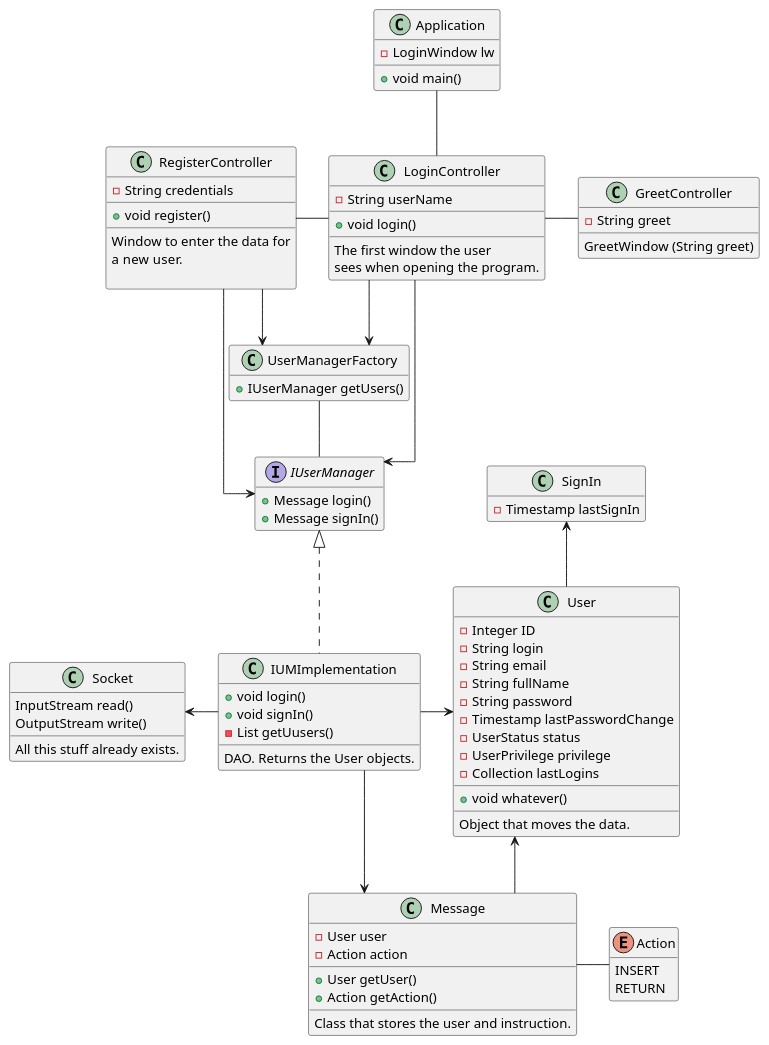
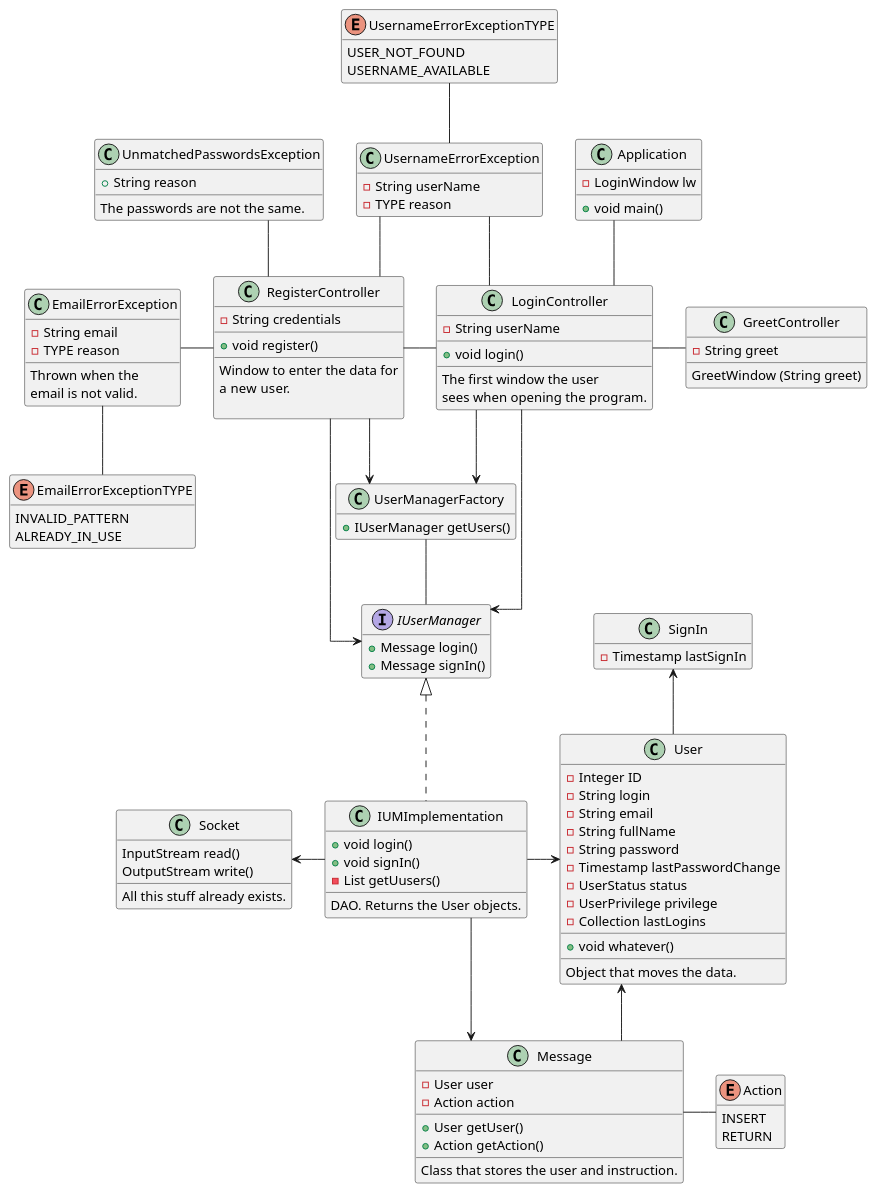
The diagram in uml/client.puml (optickx/ClientReto1), drawn with PlantUML before and after one commit. The commit also changed 2 other files, not shown here.

Commit message:
more changes on exceptions and diagrams

```diff
--- a/uml/client.puml
+++ b/uml/client.puml
@@ -1,161 +1,171 @@
 @startuml client
 /'Graphic properties
 '/
 
 skinparam linetype ortho
 skinparam groupInheritance 5
 hide empty members
 
 /'Main class
 '/
 class Application {
     -LoginWindow lw
     +void main()
 }
 
 /'Every window of the program.
 Three of them.'/
 class LoginController {
     -String userName
     __
     +void login()
     __
     The first window the user 
     sees when opening the program.
 }
 class RegisterController {
     -String credentials
     __
     +void register()
     __
     Window to enter the data for 
     a new user.
 
 }
 class GreetController {
     -String greet
     __
     GreetWindow (String greet)
 }
 /'Logic part of the program.
 '/
 interface IUserManager {
     +Message login()
     +Message signIn()
 }
 class IUMImplementation {
     +void login()
     +void signIn()
     -List getUusers()
     __
     DAO. Returns the User objects.
 }
 class UserManagerFactory {
     +IUserManager getUsers()
 }
 
 /'Pre-existing Java classes'/
 class Socket {
     InputStream read()
     OutputStream write()
     __
     All this stuff already exists.
 }
 /'Objects, etc
 '/
 class User {
     -Integer ID
     -String login
     -String email
     -String fullName
     -String password
     -Timestamp lastPasswordChange
     -UserStatus status
     -UserPrivilege privilege
     -Collection lastLogins
     __
     +void whatever()
     __
     Object that moves the data.
 }
 class SignIn {
     -Timestamp lastSignIn
 }
 /'Encapsulator class
 '/
 class Message {
     -User user
     -Action action
     __
     +User getUser()
     +Action getAction()
     __
     Class that stores the user and instruction.
 }
 /'types of response'/
 enum Action {
     INSERT
     RETURN
 }
 
 /'Exceptions.
-class UserNotFoundException {
+'/
+class UnmatchedPasswordsException {
+    +String reason
+    __
+    The passwords are not the same.
 }
-class UsernameNotAvailableException {
+
+
+class EmailErrorException {
+    -String email
+    -TYPE reason
+    __
+    Thrown when the 
+    email is not valid.
 }
-class EmailNotAvailableException {
+enum EmailErrorExceptionTYPE {
+    INVALID_PATTERN
+    ALREADY_IN_USE
 }
-class InvalidEmailFormatException {
+
+class UsernameErrorException {
+    -String userName
+    -TYPE reason
 }
-class UnmatchedPasswordsException {
+enum UsernameErrorExceptionTYPE {
+    USER_NOT_FOUND
+    USERNAME_AVAILABLE
 }
-'/
+
 
 Application -- LoginController
 
 LoginController -right- GreetController
 LoginController -left- RegisterController
 
 LoginController -down-> UserManagerFactory
 RegisterController --> UserManagerFactory
 
 LoginController --> IUserManager
 RegisterController --> IUserManager
 
 /' It looks horrible but ya have to indicate it:
 User appears in every class from view.
 '/
 
 /'
 LoginController --> User
 RegisterController --> User
 GreetController -down-> User
 '/
 
 UserManagerFactory -- IUserManager
 IUserManager <|.. IUMImplementation
 IUMImplementation -right-> User
 
 IUMImplementation -left-> Socket
 IUMImplementation --> Message
 
 User -up-> SignIn
 User <-right- Message
 Action -left- Message
 
-/'
-CustomException <|-- UserNotFoundException
-CustomException <|-- UsernameNotAvailableException
-CustomException <|-- EmailNotAvailableException
-CustomException <|-- InvalidEmailFormatException
-CustomException <|-- UnmatchedPasswordsException
-'/
+EmailErrorException -right- RegisterController
+UnmatchedPasswordsException -- RegisterController
+UsernameErrorException -- RegisterController
+UsernameErrorException -- LoginController
 
-/'
-IUMImplementation -down- UserNotFoundException
-IUMImplementation -down- UsernameNotAvailableException
-IUMImplementation -down- EmailNotAvailableException
-InvalidEmailFormatException -right- RegisterController
-UnmatchedPasswordsException -- RegisterController
-'/
+EmailErrorException -- EmailErrorExceptionTYPE
+UsernameErrorException -up- UsernameErrorExceptionTYPE
 @enduml
```
